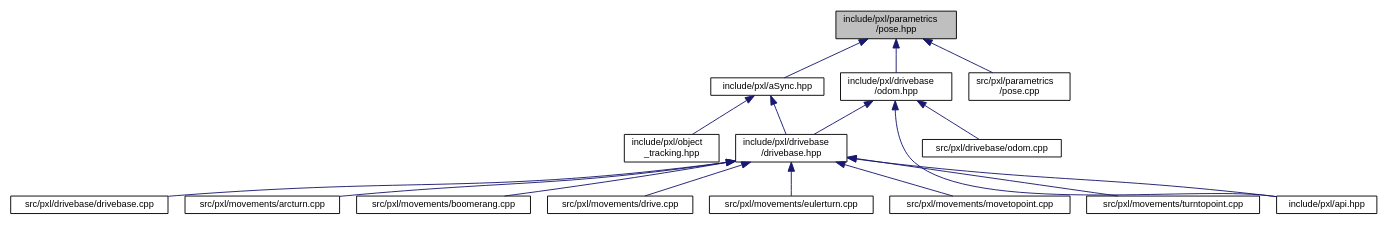
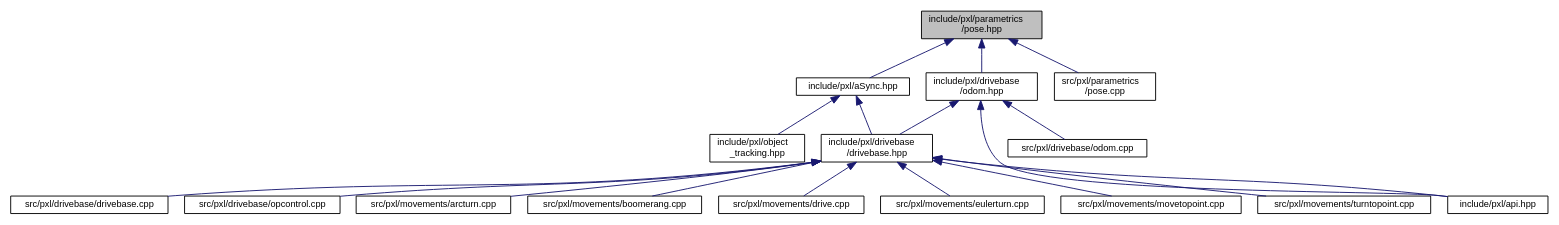
Before and after one commit to Pixel-Lib/Pixel: the diagram in pose_8hpp__dep__incl.dot, drawn with Graphviz. The commit also changed 285 other files, not shown here.

```diff
--- a/pose_8hpp__dep__incl.dot
+++ b/pose_8hpp__dep__incl.dot
@@ -1,37 +1,39 @@
 digraph "include/pxl/parametrics/pose.hpp"
 {
  // LATEX_PDF_SIZE
   edge [fontname="Helvetica",fontsize="10",labelfontname="Helvetica",labelfontsize="10"];
   node [fontname="Helvetica",fontsize="10",shape=record];
   Node1 [label="include/pxl/parametrics\l/pose.hpp",height=0.2,width=0.4,color="black", fillcolor="grey75", style="filled", fontcolor="black",tooltip=" "];
   Node1 -> Node2 [dir="back",color="midnightblue",fontsize="10",style="solid",fontname="Helvetica"];
   Node2 [label="include/pxl/aSync.hpp",height=0.2,width=0.4,color="black", fillcolor="white", style="filled",URL="$aSync_8hpp.html",tooltip=" "];
   Node2 -> Node3 [dir="back",color="midnightblue",fontsize="10",style="solid",fontname="Helvetica"];
   Node3 [label="include/pxl/drivebase\l/drivebase.hpp",height=0.2,width=0.4,color="black", fillcolor="white", style="filled",URL="$drivebase_8hpp.html",tooltip=" "];
   Node3 -> Node4 [dir="back",color="midnightblue",fontsize="10",style="solid",fontname="Helvetica"];
   Node4 [label="include/pxl/api.hpp",height=0.2,width=0.4,color="black", fillcolor="white", style="filled",URL="$api_8hpp.html",tooltip=" "];
   Node3 -> Node5 [dir="back",color="midnightblue",fontsize="10",style="solid",fontname="Helvetica"];
   Node5 [label="src/pxl/drivebase/drivebase.cpp",height=0.2,width=0.4,color="black", fillcolor="white", style="filled",URL="$drivebase_8cpp.html",tooltip=" "];
   Node3 -> Node6 [dir="back",color="midnightblue",fontsize="10",style="solid",fontname="Helvetica"];
-  Node6 [label="src/pxl/movements/arcturn.cpp",height=0.2,width=0.4,color="black", fillcolor="white", style="filled",URL="$arcturn_8cpp.html",tooltip=" "];
+  Node6 [label="src/pxl/drivebase/opcontrol.cpp",height=0.2,width=0.4,color="black", fillcolor="white", style="filled",URL="$opcontrol_8cpp.html",tooltip=" "];
   Node3 -> Node7 [dir="back",color="midnightblue",fontsize="10",style="solid",fontname="Helvetica"];
-  Node7 [label="src/pxl/movements/boomerang.cpp",height=0.2,width=0.4,color="black", fillcolor="white", style="filled",URL="$boomerang_8cpp.html",tooltip=" "];
+  Node7 [label="src/pxl/movements/arcturn.cpp",height=0.2,width=0.4,color="black", fillcolor="white", style="filled",URL="$arcturn_8cpp.html",tooltip=" "];
   Node3 -> Node8 [dir="back",color="midnightblue",fontsize="10",style="solid",fontname="Helvetica"];
-  Node8 [label="src/pxl/movements/drive.cpp",height=0.2,width=0.4,color="black", fillcolor="white", style="filled",URL="$drive_8cpp.html",tooltip=" "];
+  Node8 [label="src/pxl/movements/boomerang.cpp",height=0.2,width=0.4,color="black", fillcolor="white", style="filled",URL="$boomerang_8cpp.html",tooltip=" "];
   Node3 -> Node9 [dir="back",color="midnightblue",fontsize="10",style="solid",fontname="Helvetica"];
-  Node9 [label="src/pxl/movements/eulerturn.cpp",height=0.2,width=0.4,color="black", fillcolor="white", style="filled",URL="$eulerturn_8cpp.html",tooltip=" "];
+  Node9 [label="src/pxl/movements/drive.cpp",height=0.2,width=0.4,color="black", fillcolor="white", style="filled",URL="$drive_8cpp.html",tooltip=" "];
   Node3 -> Node10 [dir="back",color="midnightblue",fontsize="10",style="solid",fontname="Helvetica"];
-  Node10 [label="src/pxl/movements/movetopoint.cpp",height=0.2,width=0.4,color="black", fillcolor="white", style="filled",URL="$movetopoint_8cpp.html",tooltip=" "];
+  Node10 [label="src/pxl/movements/eulerturn.cpp",height=0.2,width=0.4,color="black", fillcolor="white", style="filled",URL="$eulerturn_8cpp.html",tooltip=" "];
   Node3 -> Node11 [dir="back",color="midnightblue",fontsize="10",style="solid",fontname="Helvetica"];
-  Node11 [label="src/pxl/movements/turntopoint.cpp",height=0.2,width=0.4,color="black", fillcolor="white", style="filled",URL="$turntopoint_8cpp.html",tooltip=" "];
-  Node2 -> Node12 [dir="back",color="midnightblue",fontsize="10",style="solid",fontname="Helvetica"];
-  Node12 [label="include/pxl/object\l_tracking.hpp",height=0.2,width=0.4,color="black", fillcolor="white", style="filled",URL="$object__tracking_8hpp.html",tooltip=" "];
-  Node1 -> Node13 [dir="back",color="midnightblue",fontsize="10",style="solid",fontname="Helvetica"];
-  Node13 [label="include/pxl/drivebase\l/odom.hpp",height=0.2,width=0.4,color="black", fillcolor="white", style="filled",URL="$odom_8hpp.html",tooltip=" "];
-  Node13 -> Node4 [dir="back",color="midnightblue",fontsize="10",style="solid",fontname="Helvetica"];
-  Node13 -> Node3 [dir="back",color="midnightblue",fontsize="10",style="solid",fontname="Helvetica"];
-  Node13 -> Node14 [dir="back",color="midnightblue",fontsize="10",style="solid",fontname="Helvetica"];
-  Node14 [label="src/pxl/drivebase/odom.cpp",height=0.2,width=0.4,color="black", fillcolor="white", style="filled",URL="$odom_8cpp.html",tooltip=" "];
-  Node1 -> Node15 [dir="back",color="midnightblue",fontsize="10",style="solid",fontname="Helvetica"];
-  Node15 [label="src/pxl/parametrics\l/pose.cpp",height=0.2,width=0.4,color="black", fillcolor="white", style="filled",URL="$pose_8cpp.html",tooltip=" "];
+  Node11 [label="src/pxl/movements/movetopoint.cpp",height=0.2,width=0.4,color="black", fillcolor="white", style="filled",URL="$movetopoint_8cpp.html",tooltip=" "];
+  Node3 -> Node12 [dir="back",color="midnightblue",fontsize="10",style="solid",fontname="Helvetica"];
+  Node12 [label="src/pxl/movements/turntopoint.cpp",height=0.2,width=0.4,color="black", fillcolor="white", style="filled",URL="$turntopoint_8cpp.html",tooltip=" "];
+  Node2 -> Node13 [dir="back",color="midnightblue",fontsize="10",style="solid",fontname="Helvetica"];
+  Node13 [label="include/pxl/object\l_tracking.hpp",height=0.2,width=0.4,color="black", fillcolor="white", style="filled",URL="$object__tracking_8hpp.html",tooltip=" "];
+  Node1 -> Node14 [dir="back",color="midnightblue",fontsize="10",style="solid",fontname="Helvetica"];
+  Node14 [label="include/pxl/drivebase\l/odom.hpp",height=0.2,width=0.4,color="black", fillcolor="white", style="filled",URL="$odom_8hpp.html",tooltip=" "];
+  Node14 -> Node4 [dir="back",color="midnightblue",fontsize="10",style="solid",fontname="Helvetica"];
+  Node14 -> Node3 [dir="back",color="midnightblue",fontsize="10",style="solid",fontname="Helvetica"];
+  Node14 -> Node15 [dir="back",color="midnightblue",fontsize="10",style="solid",fontname="Helvetica"];
+  Node15 [label="src/pxl/drivebase/odom.cpp",height=0.2,width=0.4,color="black", fillcolor="white", style="filled",URL="$odom_8cpp.html",tooltip=" "];
+  Node1 -> Node16 [dir="back",color="midnightblue",fontsize="10",style="solid",fontname="Helvetica"];
+  Node16 [label="src/pxl/parametrics\l/pose.cpp",height=0.2,width=0.4,color="black", fillcolor="white", style="filled",URL="$pose_8cpp.html",tooltip=" "];
 }
```
